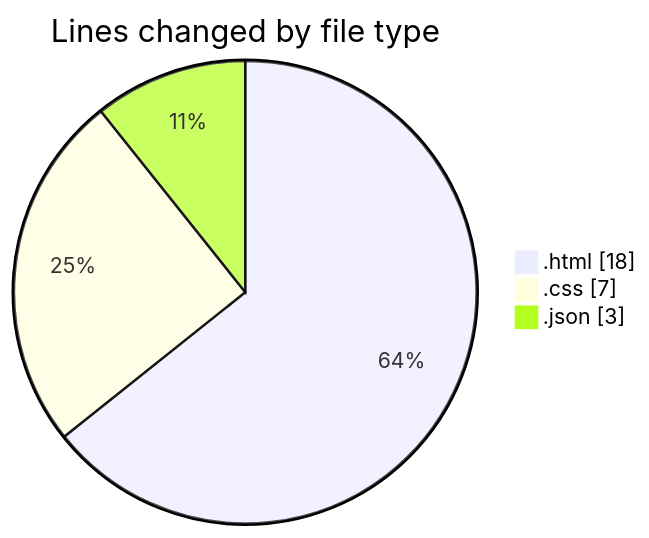
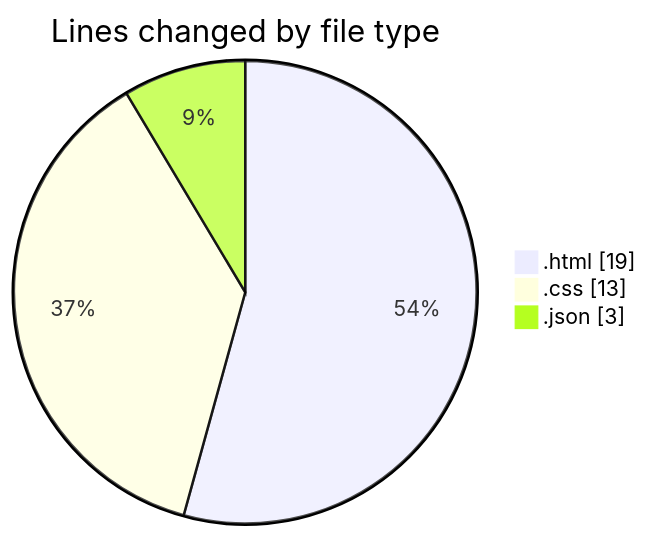
The first of 2 diagrams in 2025-12-11/technologie_web/README.md (hasnaa123/code-tracking), drawn with Mermaid before and after one commit. The commit also changed other lines of this file and 1 other file, not shown here.

````diff
--- a/2025-12-11/technologie_web/README.md
+++ b/2025-12-11/technologie_web/README.md
@@ -22,7 +22,7 @@
 ```mermaid
 pie showData
 title Lines changed by file type
-".html" : 18
-".css" : 7
+".html" : 19
+".css" : 13
 ".json" : 3
 ```
````
